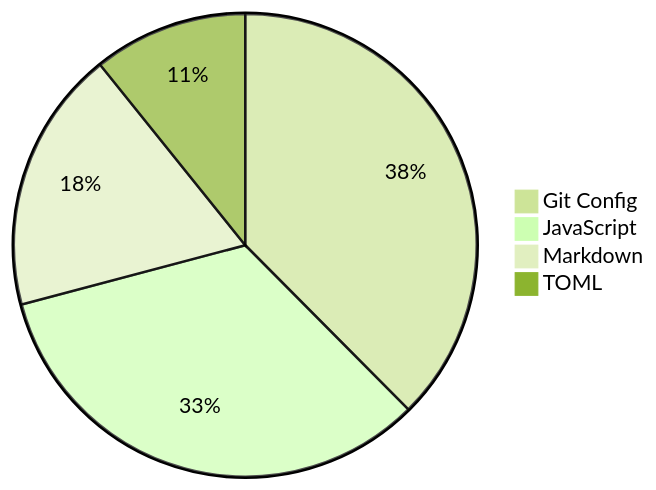
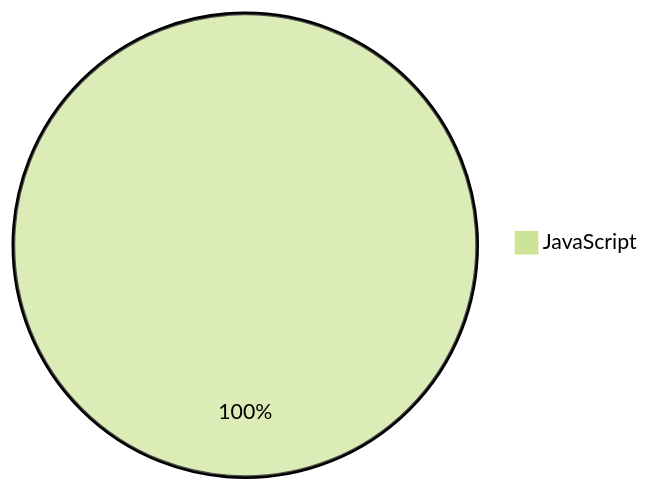
Before and after one commit to Alicia111/alicia111: the diagram in README.md, drawn with Mermaid (forest theme).

Commit message:
Update WakaTime stats (・ω・)b

````diff
--- a/README.md
+++ b/README.md
@@ -32,7 +32,4 @@
 ```mermaid
 pie
-    "Git Config" : 37.55
-    "JavaScript" : 33.32
-    "Markdown" : 18.34
-    "TOML" : 10.78
+    "JavaScript" : 100.0
 ```
````
